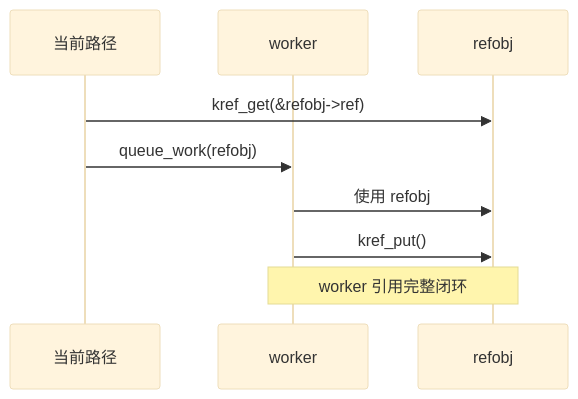
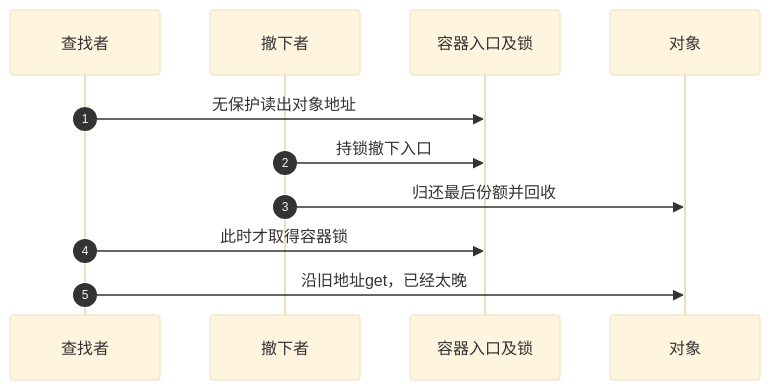
Before and after one commit to FormingSystem/linux_note: the third of 3 diagrams in knowledge/linux/object_lifetime/kref/P04_kref_三条核心规则.md, drawn with Mermaid (base theme). The commit also changed other lines of this file and 15 other files, not shown here.

````diff
--- a/knowledge/linux/object_lifetime/kref/P04_kref_三条核心规则.md
+++ b/knowledge/linux/object_lifetime/kref/P04_kref_三条核心规则.md
@@ -257,12 +239,13 @@
 ```mermaid
 sequenceDiagram
-	participant A as 当前路径
-	participant W as worker
-	participant O as refobj
-
-	A->>O: kref_get(&refobj->ref)
-	A->>W: queue_work(refobj)
-	W->>O: 使用 refobj
-	W->>O: kref_put()
-	Note over W,O: worker 引用完整闭环
+    autonumber
+    participant L as 查找者
+    participant M as 撤下者
+    participant E as 容器入口及锁
+    participant O as 对象
+    L->>E: 无保护读出对象地址
+    M->>E: 持锁撤下入口
+    M->>O: 归还最后份额并回收
+    L->>E: 此时才取得容器锁
+    L->>O: 沿旧地址get，已经太晚
 ```
````
